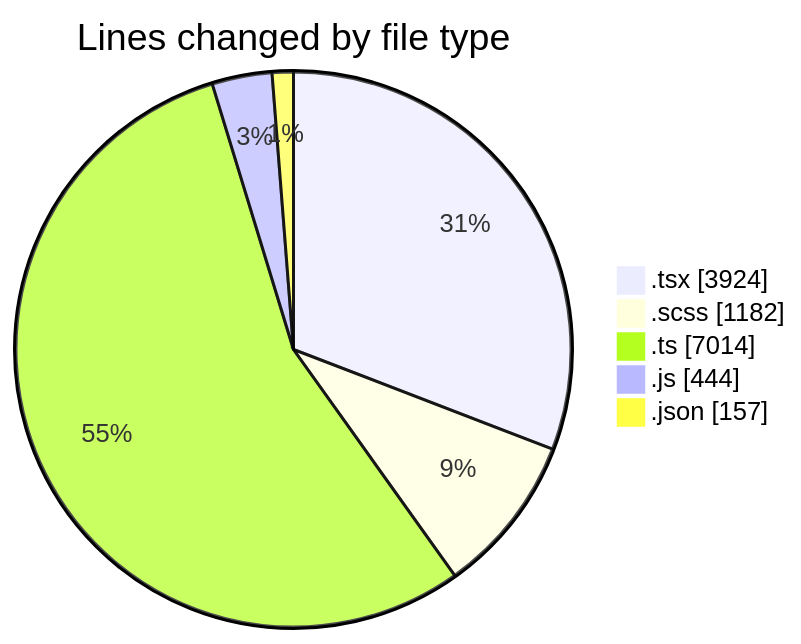
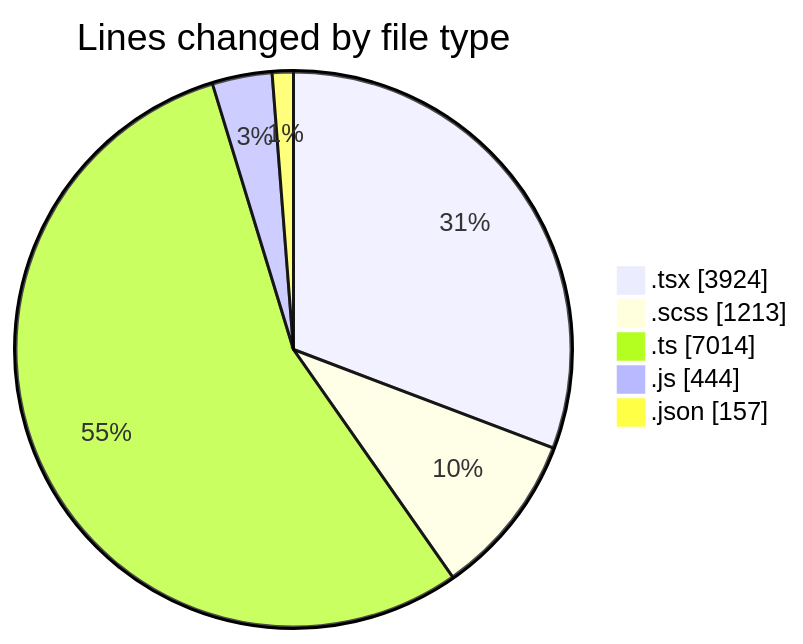
The first of 2 diagrams in 2026-04-23/cda/README.md (momahboobian/code-tracking), drawn with Mermaid before and after one commit. The commit also changed other lines of this file and 1 other file, not shown here.

````diff
--- a/2026-04-23/cda/README.md
+++ b/2026-04-23/cda/README.md
@@ -43,9 +43,9 @@
 ```mermaid
 pie showData
 title Lines changed by file type
 ".tsx" : 3924
-".scss" : 1182
+".scss" : 1213
 ".ts" : 7014
 ".js" : 444
 ".json" : 157
 ```
````
